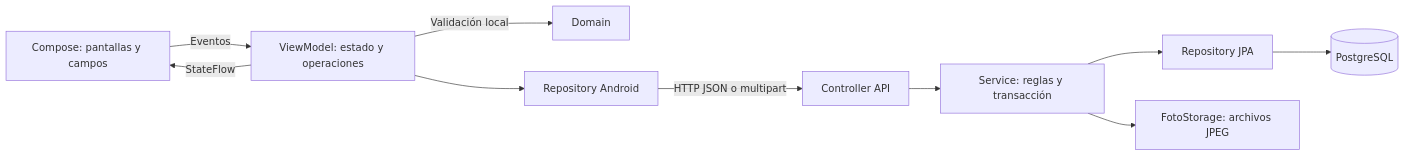
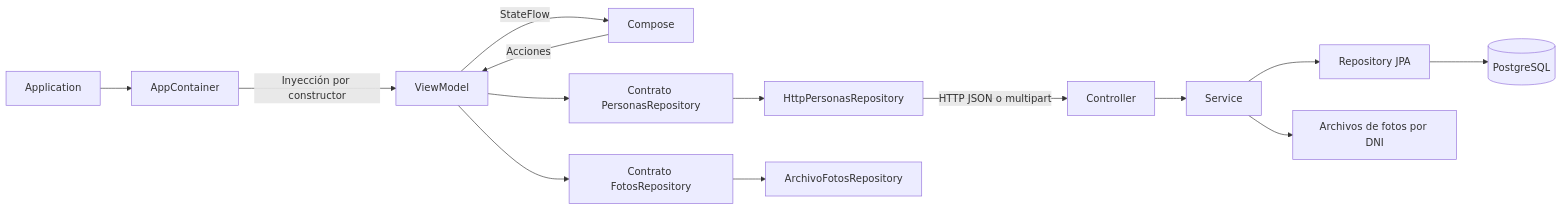
The diagram in README.md (alexisgg11/movil_personas), drawn with Mermaid before and after one commit. The commit also changed other lines of this file and 49 other files, not shown here.

Commit message:
Separar modelos e inyectar dependencias; guardar fotos por DNI

````diff
--- a/README.md
+++ b/README.md
@@ -188,12 +238,16 @@
 ```mermaid
 flowchart LR
-    UI[Compose: pantallas y campos] -->|Eventos| VM[ViewModel: estado y operaciones]
-    VM -->|Validación local| D[Domain]
-    VM --> R[Repository Android]
-    R -->|HTTP JSON o multipart| C[Controller API]
-    C --> S[Service: reglas y transacción]
+    A[Application] --> D[AppContainer]
+    D -->|Inyección por constructor| VM[ViewModel]
+    UI[Compose] -->|Acciones| VM
+    VM --> R[Contrato PersonasRepository]
+    R --> H[HttpPersonasRepository]
+    H -->|HTTP JSON o multipart| C[Controller]
+    C --> S[Service]
     S --> J[Repository JPA]
     J --> DB[(PostgreSQL)]
-    S --> F[FotoStorage: archivos JPEG]
+    S --> F[Archivos de fotos por DNI]
+    VM --> FR[Contrato FotosRepository]
+    FR --> AF[ArchivoFotosRepository]
     VM -->|StateFlow| UI
 ```
````
